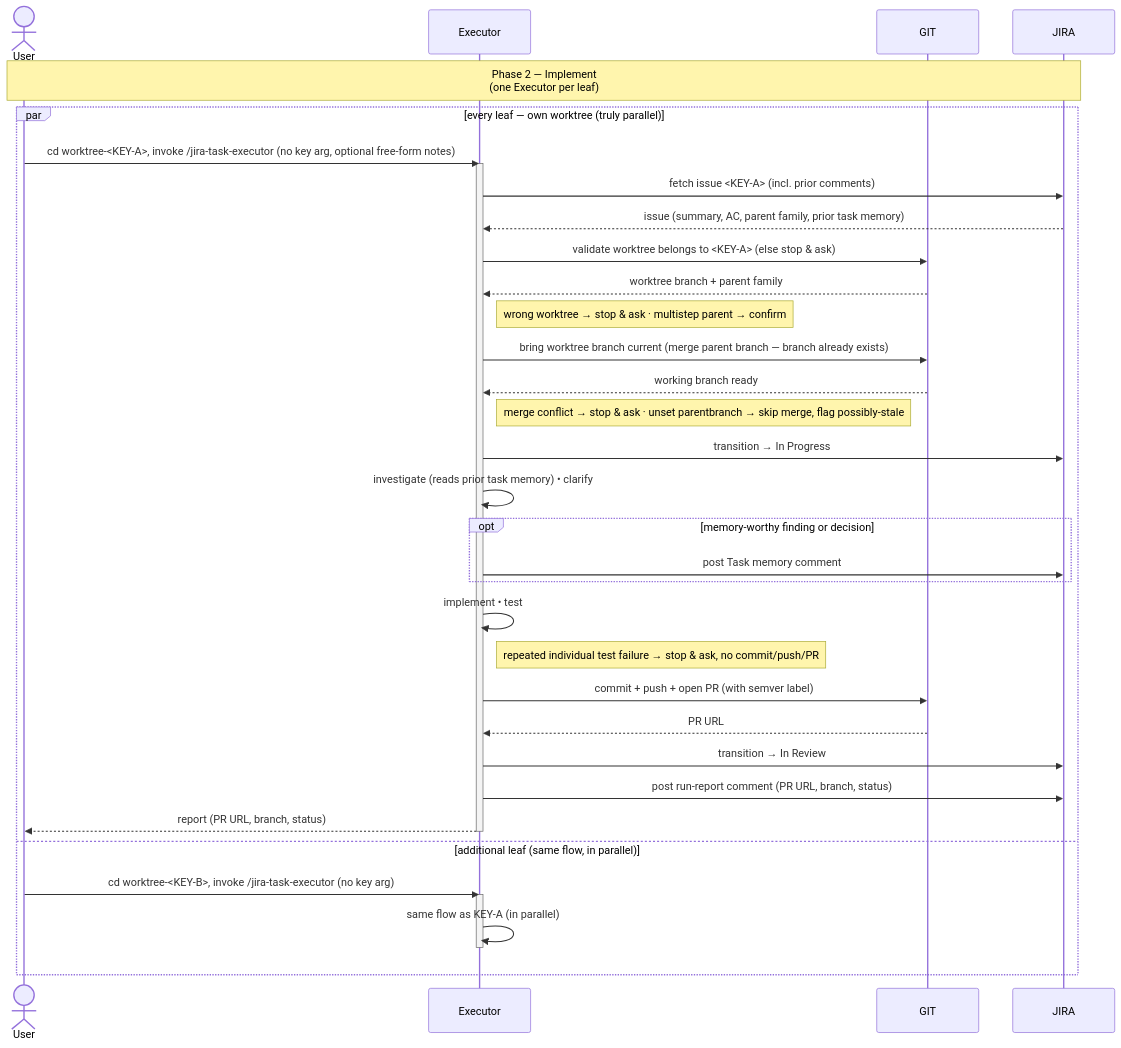
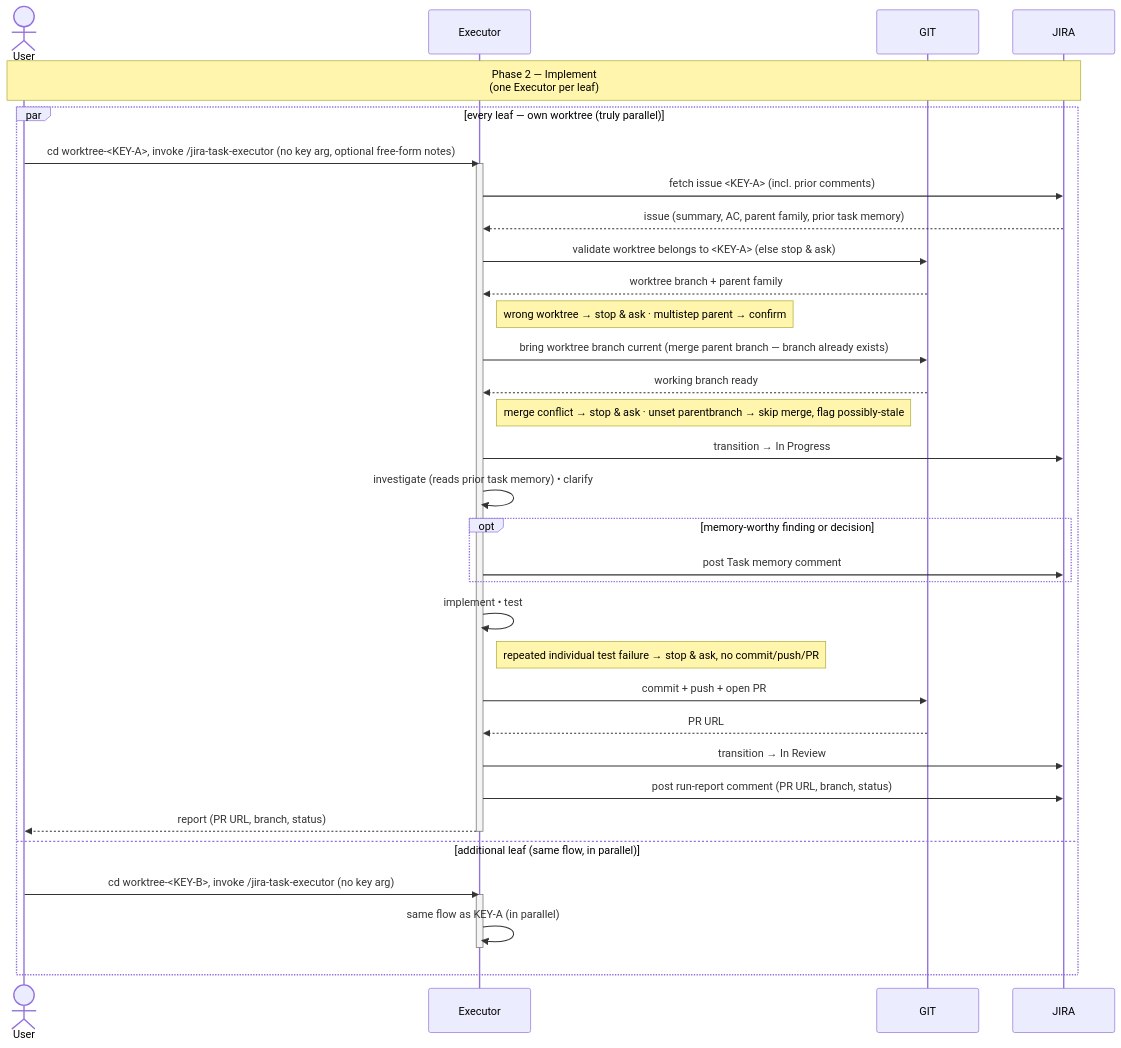
One commit to kantorv/jira-sdlc-tools changed the diagram in plugins/jira-sdlc/docs/TASK-LIFECYCLE-PHASE-2.md. Above: the diagram before and after it, drawn with Mermaid. The commit also changed other lines of this file and 1 other file, not shown here.

First line of the commit message:
JST-78 Finish semver-label cleanup in docs (review findings)

````diff
--- a/plugins/jira-sdlc/docs/TASK-LIFECYCLE-PHASE-2.md
+++ b/plugins/jira-sdlc/docs/TASK-LIFECYCLE-PHASE-2.md
@@ -19,40 +19,40 @@
 ```mermaid
 sequenceDiagram
     actor User
     participant Executor
     participant GIT
     participant JIRA
 
     Note over User,JIRA: Phase 2 — Implement<br/>(one Executor per leaf)
 
     par every leaf — own worktree (truly parallel)
         User->>Executor: cd worktree-<KEY-A>, invoke /jira-task-executor (no key arg, optional free-form notes)
         activate Executor
         Executor->>JIRA: fetch issue <KEY-A> (incl. prior comments)
         JIRA-->>Executor: issue (summary, AC, parent family, prior task memory)
         Executor->>GIT: validate worktree belongs to <KEY-A> (else stop & ask)
         GIT-->>Executor: worktree branch + parent family
         Note right of Executor: wrong worktree → stop & ask · multistep parent → confirm
         Executor->>GIT: bring worktree branch current (merge parent branch — branch already exists)
         GIT-->>Executor: working branch ready
         Note right of Executor: merge conflict → stop & ask · unset parentbranch → skip merge, flag possibly-stale
         Executor->>JIRA: transition → In Progress
         Executor->>Executor: investigate (reads prior task memory) • clarify
         opt memory-worthy finding or decision
             Executor->>JIRA: post Task memory comment
         end
         Executor->>Executor: implement • test
         Note right of Executor: repeated individual test failure → stop & ask, no commit/push/PR
-        Executor->>GIT: commit + push + open PR (with semver label)
+        Executor->>GIT: commit + push + open PR
         GIT-->>Executor: PR URL
         Executor->>JIRA: transition → In Review
         Executor->>JIRA: post run-report comment (PR URL, branch, status)
         Executor-->>User: report (PR URL, branch, status)
         deactivate Executor
     and additional leaf (same flow, in parallel)
         User->>Executor: cd worktree-<KEY-B>, invoke /jira-task-executor (no key arg)
         activate Executor
         Executor->>Executor: same flow as KEY-A (in parallel)
         deactivate Executor
     end
 ```
````
